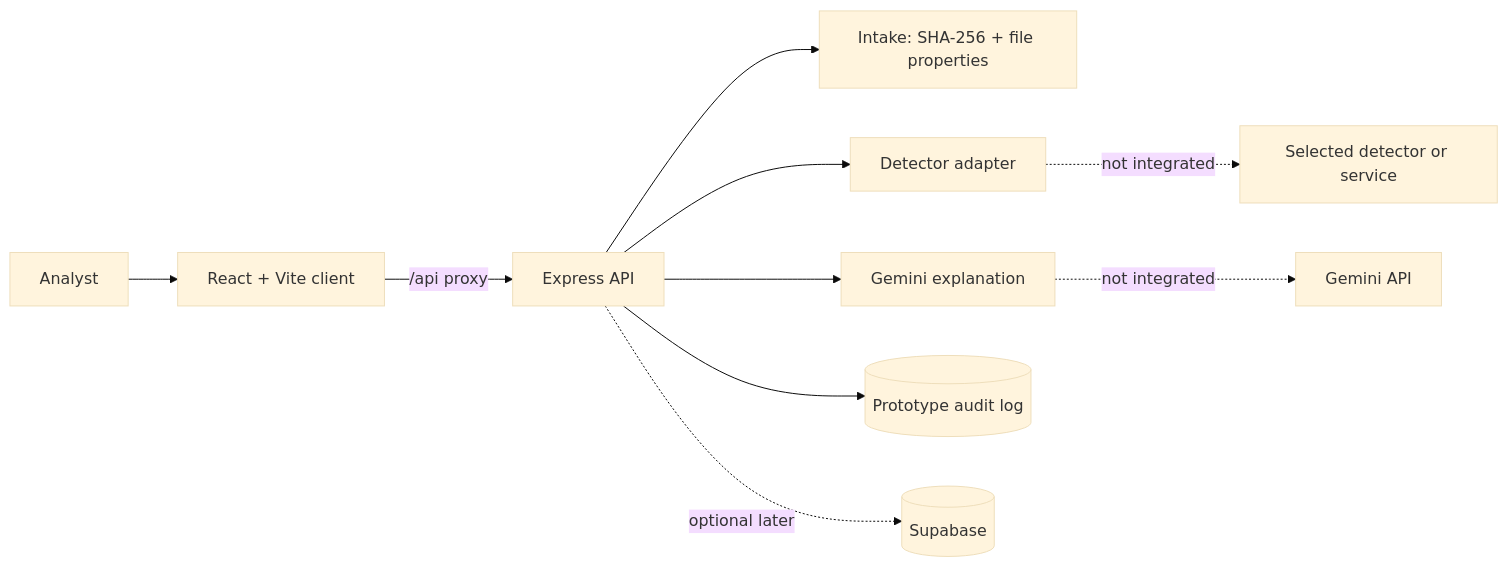
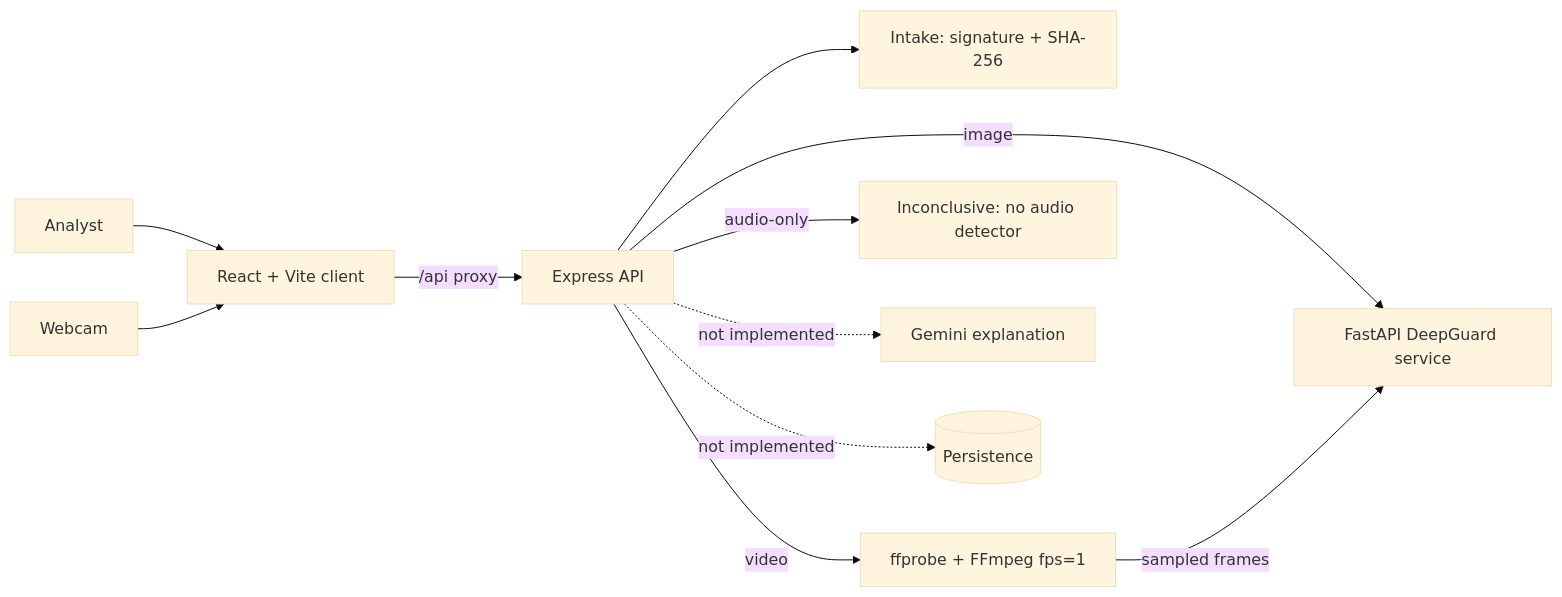
One commit to madarazorodevop/Deeptrace changed the diagram in README.md. Above: the diagram before and after it, drawn with Mermaid (base theme). The commit also changed other lines of this file and 18 other files, not shown here.

Commit message:
feat: implement DeepGuard detector pipeline, visual forensics, and laptop system camera integration

````diff
--- a/README.md
+++ b/README.md
@@ -11,12 +11,13 @@
 ```mermaid
 flowchart LR
   U[Analyst] --> C[React + Vite client]
+  W[Webcam] --> C
   C -->|/api proxy| S[Express API]
-  S --> I[Intake: SHA-256 + file properties]
-  S --> A[Detector adapter]
-  S --> G[Gemini explanation]
-  S --> L[(Prototype audit log)]
-  A -. not integrated .-> X[Selected detector or service]
-  G -. not integrated .-> Y[Gemini API]
-  S -. optional later .-> D[(Supabase)]
+  S --> I[Intake: signature + SHA-256]
+  S -->|image| D[FastAPI DeepGuard service]
+  S -->|video| F[ffprobe + FFmpeg fps=1]
+  F -->|sampled frames| D
+  S -->|audio-only| A[Inconclusive: no audio detector]
+  S -. not implemented .-> G[Gemini explanation]
+  S -. not implemented .-> P[(Persistence)]
 ```
````
